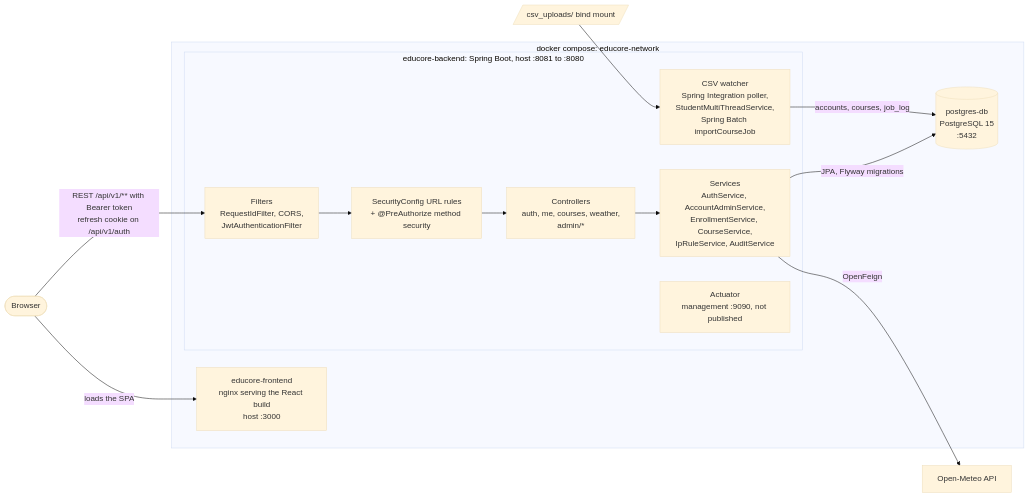
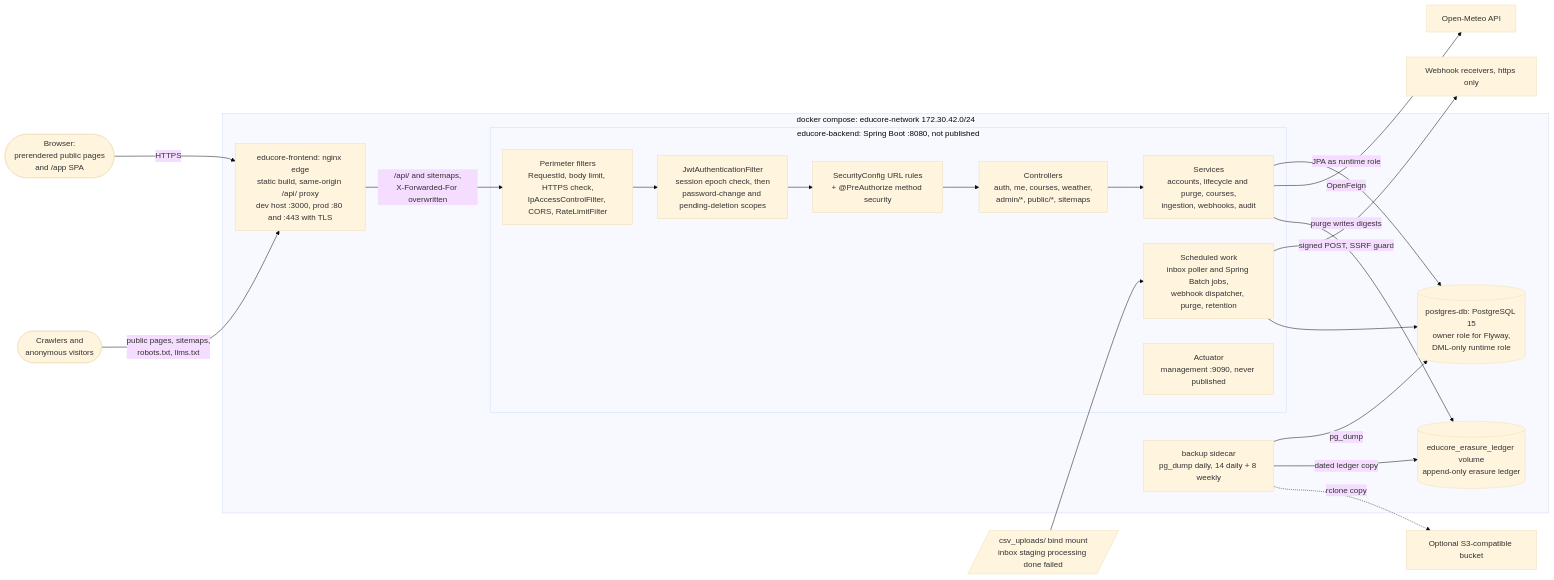
Before and after one commit to ayberkaarda/EduCore: the first of 5 diagrams in README.md, drawn with Mermaid (base theme). The commit also changed other lines of this file and 10 other files, not shown here.

Commit message:
docs(readme): refreshed English and Turkish READMEs with architecture diagrams and new screenshots

````diff
--- a/README.md
+++ b/README.md
@@ -65,28 +71,40 @@
 ```mermaid
 flowchart LR
-    user(["Browser"])
+    user(["Browser:<br/>prerendered public pages<br/>and /app SPA"])
+    crawler(["Crawlers and<br/>anonymous visitors"])
 
-    subgraph compose["docker compose: educore-network"]
-        fe["educore-frontend<br/>nginx serving the React build<br/>host :3000"]
-        subgraph be["educore-backend: Spring Boot, host :8081 to :8080"]
-            filters["Filters<br/>RequestIdFilter, CORS,<br/>JwtAuthenticationFilter"]
+    subgraph compose["docker compose: educore-network 172.30.42.0/24"]
+        fe["educore-frontend: nginx edge<br/>static build, same-origin /api/ proxy<br/>dev host :3000, prod :80 and :443 with TLS"]
+        subgraph be["educore-backend: Spring Boot :8080, not published"]
+            edge["Perimeter filters<br/>RequestId, body limit, HTTPS check,<br/>IpAccessControlFilter, CORS, RateLimitFilter"]
+            authn["JwtAuthenticationFilter<br/>session epoch check, then<br/>password-change and pending-deletion scopes"]
             rules["SecurityConfig URL rules<br/>+ @PreAuthorize method security"]
-            ctrl["Controllers<br/>auth, me, courses, weather,<br/>admin/*"]
-            svc["Services<br/>AuthService, AccountAdminService,<br/>EnrollmentService, CourseService,<br/>IpRuleService, AuditService"]
-            ingest["CSV watcher<br/>Spring Integration poller,<br/>StudentMultiThreadService,<br/>Spring Batch importCourseJob"]
-            mgmt["Actuator<br/>management :9090, not published"]
+            ctrl["Controllers<br/>auth, me, courses, weather,<br/>admin/*, public/*, sitemaps"]
+            svc["Services<br/>accounts, lifecycle and purge, courses,<br/>ingestion, webhooks, audit"]
+            jobs["Scheduled work<br/>inbox poller and Spring Batch jobs,<br/>webhook dispatcher, purge, retention"]
+            mgmt["Actuator<br/>management :9090, never published"]
         end
-        db[("postgres-db<br/>PostgreSQL 15<br/>:5432")]
+        db[("postgres-db: PostgreSQL 15<br/>owner role for Flyway,<br/>DML-only runtime role")]
+        backup["backup sidecar<br/>pg_dump daily, 14 daily + 8 weekly"]
+        ledger[("educore_erasure_ledger volume<br/>append-only erasure ledger")]
     end
 
-    csv[/"csv_uploads/ bind mount"/]
+    csv[/"csv_uploads/ bind mount<br/>inbox staging processing done failed"/]
     meteo["Open-Meteo API"]
+    hooks["Webhook receivers, https only"]
+    s3["Optional S3-compatible bucket"]
 
-    user -->|"loads the SPA"| fe
-    user -->|"REST /api/v1/** with Bearer token<br/>refresh cookie on /api/v1/auth"| filters
-    filters --> rules --> ctrl --> svc
-    svc -->|"JPA, Flyway migrations"| db
+    user -->|"HTTPS"| fe
+    crawler -->|"public pages, sitemaps,<br/>robots.txt, llms.txt"| fe
+    fe -->|"/api/ and sitemaps,<br/>X-Forwarded-For overwritten"| edge
+    edge --> authn --> rules --> ctrl --> svc
+    svc -->|"JPA as runtime role"| db
     svc -->|"OpenFeign"| meteo
-    csv --> ingest
-    ingest -->|"accounts, courses, job_log"| db
+    jobs -->|"signed POST, SSRF guard"| hooks
+    csv --> jobs
+    jobs --> db
+    svc -->|"purge writes digests"| ledger
+    backup -->|"pg_dump"| db
+    backup -->|"dated ledger copy"| ledger
+    backup -.->|"rclone copy"| s3
 ```
````
